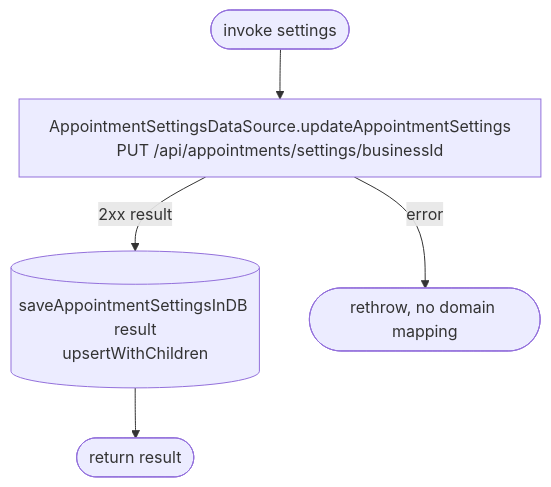
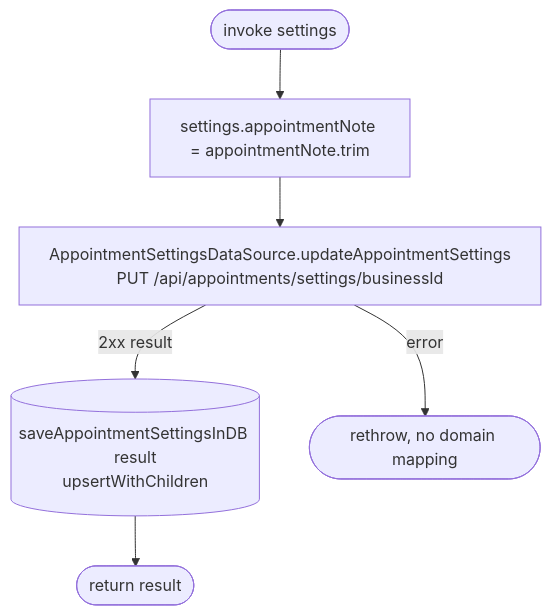
The diagram in docs/operations/appointments/update-appointment-settings.md (nocturneproperties/bookkme-client), drawn with Mermaid before and after one commit. The commit also changed other lines of this file and 39 other files, not shown here.

````diff
--- a/docs/operations/appointments/update-appointment-settings.md
+++ b/docs/operations/appointments/update-appointment-settings.md
@@ -14,7 +14,8 @@
 ```mermaid
 flowchart TD
-    Start([invoke settings]) --> Net[AppointmentSettingsDataSource.updateAppointmentSettings<br/>PUT /api/appointments/settings/businessId]
+    Start([invoke settings]) --> Trim[settings.appointmentNote = appointmentNote.trim]
+    Trim --> Net[AppointmentSettingsDataSource.updateAppointmentSettings<br/>PUT /api/appointments/settings/businessId]
     Net -- 2xx result --> Save[(saveAppointmentSettingsInDB result<br/>upsertWithChildren)]
     Save --> R([return result])
     Net -- error --> EX([rethrow, no domain mapping])
 ```
````
